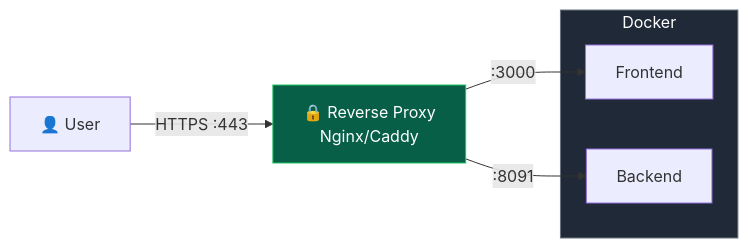
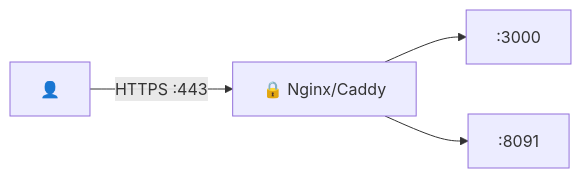
Before and after one commit to Ketbome/minepanel: the second of 3 diagrams in doc/networking.md, drawn with Mermaid. The commit also changed other lines of this file and 10 other files, not shown here.

````diff
--- a/doc/networking.md
+++ b/doc/networking.md
@@ -210,14 +87,6 @@
 ```mermaid
 flowchart LR
-    User["👤 User"] -->|"HTTPS :443"| Proxy["🔒 Reverse Proxy<br/>Nginx/Caddy"]
-    Proxy -->|":3000"| FE["Frontend"]
-    Proxy -->|":8091"| BE["Backend"]
-
-    subgraph docker["Docker"]
-        FE
-        BE
-    end
-
-    style Proxy fill:#065f46,stroke:#22c55e,color:#fff
-    style docker fill:#1f2937,stroke:#6b7280,color:#fff
+    User["👤"] -->|"HTTPS :443"| Proxy["🔒 Nginx/Caddy"]
+    Proxy --> FE[":3000"]
+    Proxy --> BE[":8091"]
 ```
````
